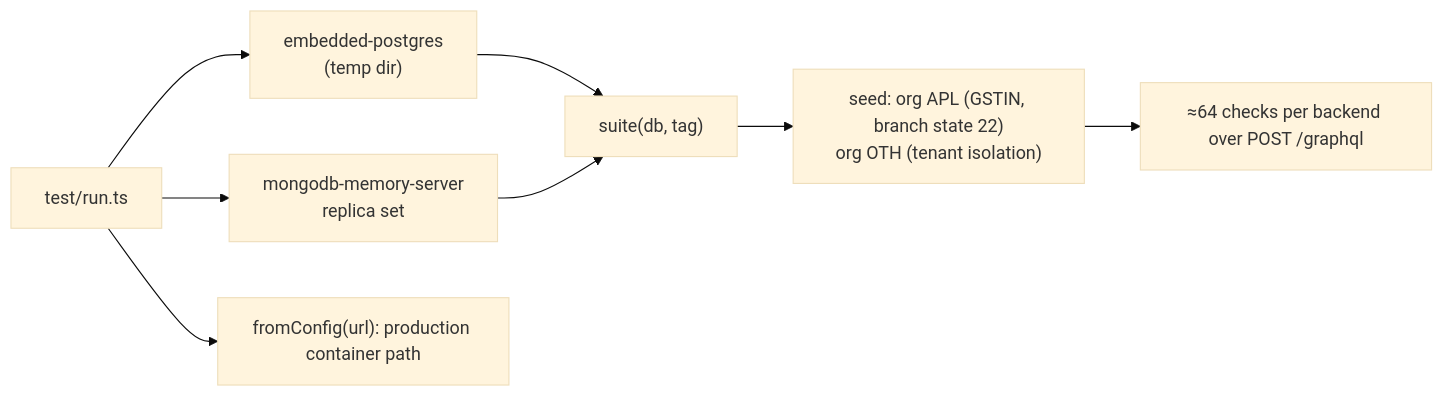
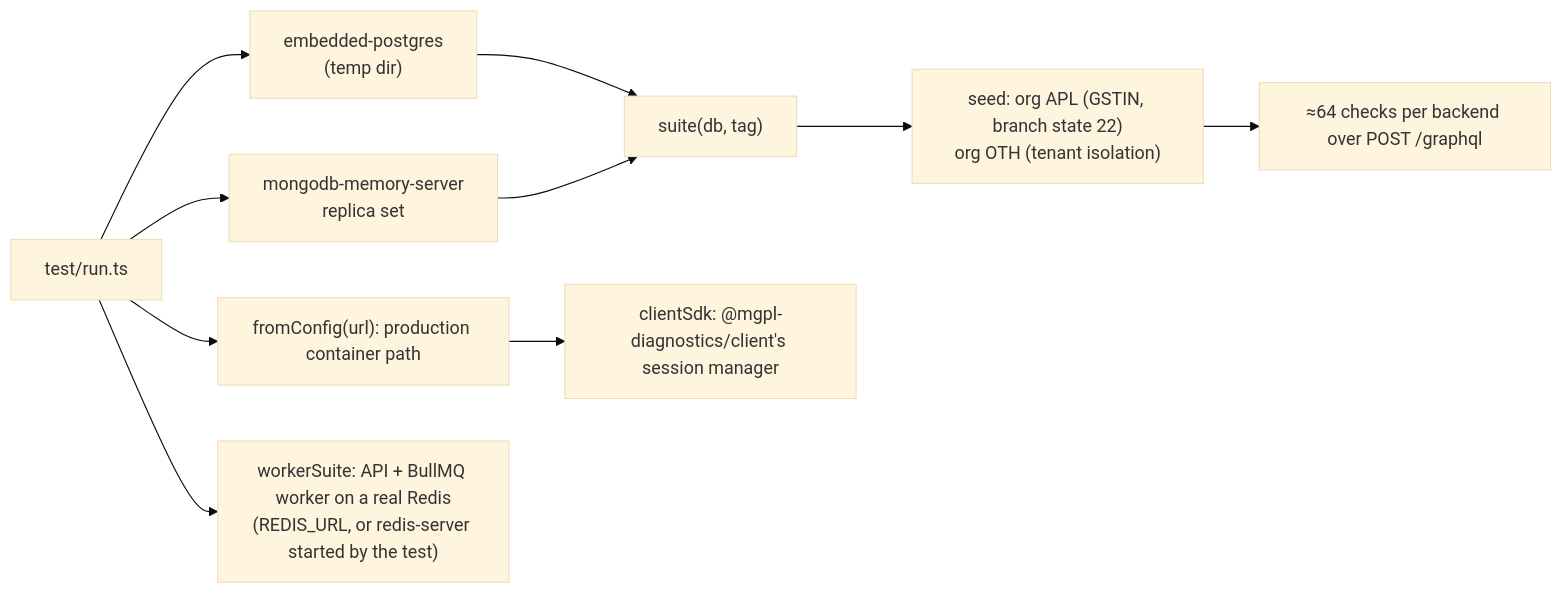
One commit to mgpl-diagnostics/api changed the diagram in docs/11-testing.md. Above: the diagram before and after it, drawn with Mermaid (base theme). The commit also changed other lines of this file and 40 other files, not shown here.

First line of the commit message:
feat: access + refresh tokens, device binding, worker on Redis + BullMQ (#4)

````diff
--- a/docs/11-testing.md
+++ b/docs/11-testing.md
@@ -6,9 +6,11 @@
 ```mermaid
 flowchart LR
   T["test/run.ts"] --> PG["embedded-postgres<br/>(temp dir)"]
   T --> MG["mongodb-memory-server<br/>replica set"]
   PG & MG --> S["suite(db, tag)"]
   S --> SEED["seed: org APL (GSTIN, branch state 22)<br/>org OTH (tenant isolation)"]
   SEED --> RUN["≈64 checks per backend over POST /graphql"]
   T --> CFG["fromConfig(url): production container path"]
+  CFG --> CL["clientSdk: @mgpl-diagnostics/client's session manager"]
+  T --> WK["workerSuite: API + BullMQ worker on a real Redis<br/>(REDIS_URL, or redis-server started by the test)"]
 ```
````
